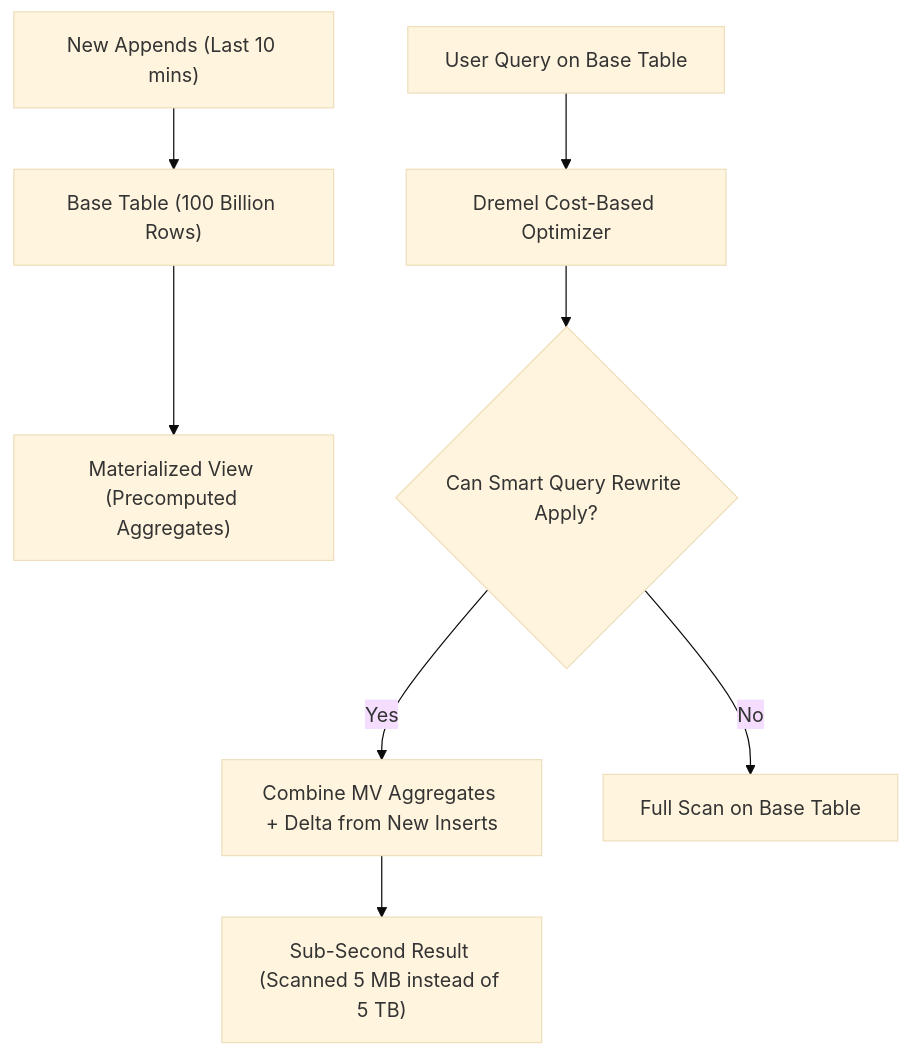
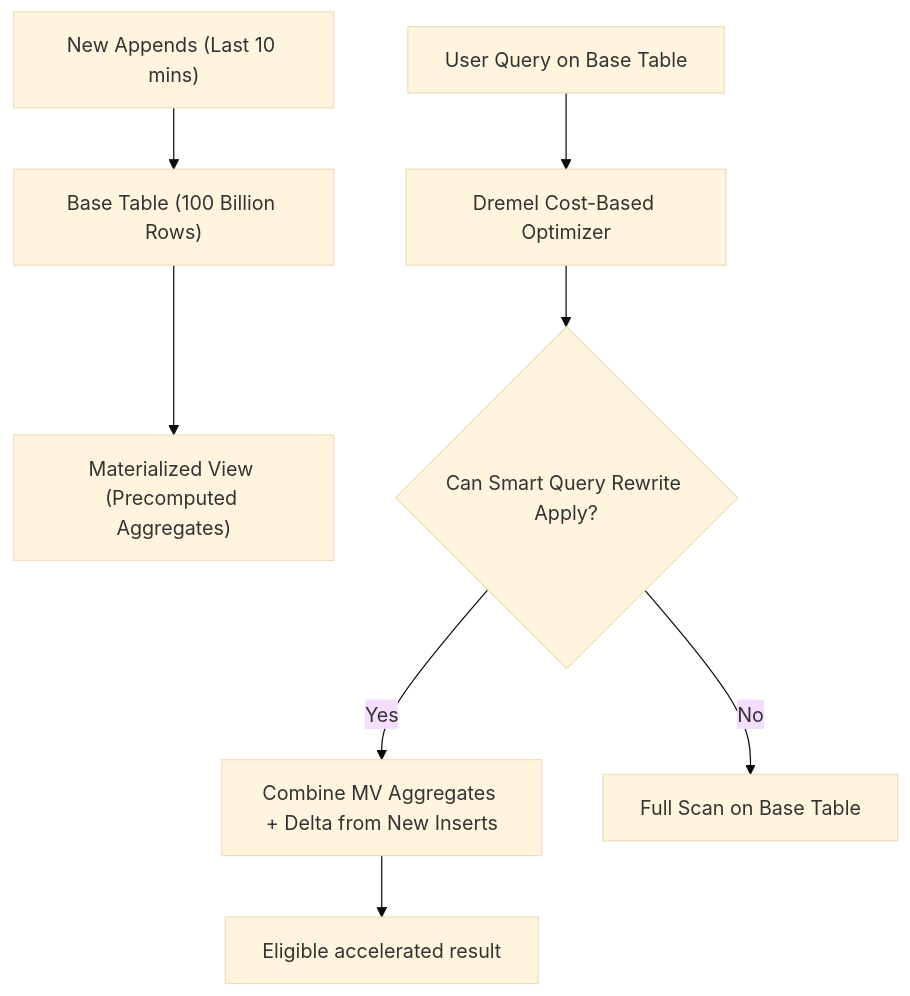
The first of 2 diagrams in docs/lessons/0012-materialized-views-bi-engine.md (Rohit1024/data-engineer), drawn with Mermaid (base theme) before and after one commit. The commit also changed other lines of this file and 60 other files, not shown here.

````diff
--- a/docs/lessons/0012-materialized-views-bi-engine.md
+++ b/docs/lessons/0012-materialized-views-bi-engine.md
@@ -15,11 +15,11 @@
 ``` mermaid
 flowchart TD
     BaseTable["Base Table (100 Billion Rows)"] --> MV["Materialized View (Precomputed Aggregates)"]
     NewInserts["New Appends (Last 10 mins)"] --> BaseTable
 
     Query["User Query on Base Table"] --> Optimizer["Dremel Cost-Based Optimizer"]
     Optimizer --> SmartRewrite{"Can Smart Query Rewrite Apply?"}
     SmartRewrite -- "Yes" --> Combine["Combine MV Aggregates + Delta from New Inserts"]
     SmartRewrite -- "No" --> FullScan["Full Scan on Base Table"]
-    Combine --> FastResult["Sub-Second Result (Scanned 5 MB instead of 5 TB)"]
+    Combine --> FastResult["Eligible accelerated result"]
 ```
````
